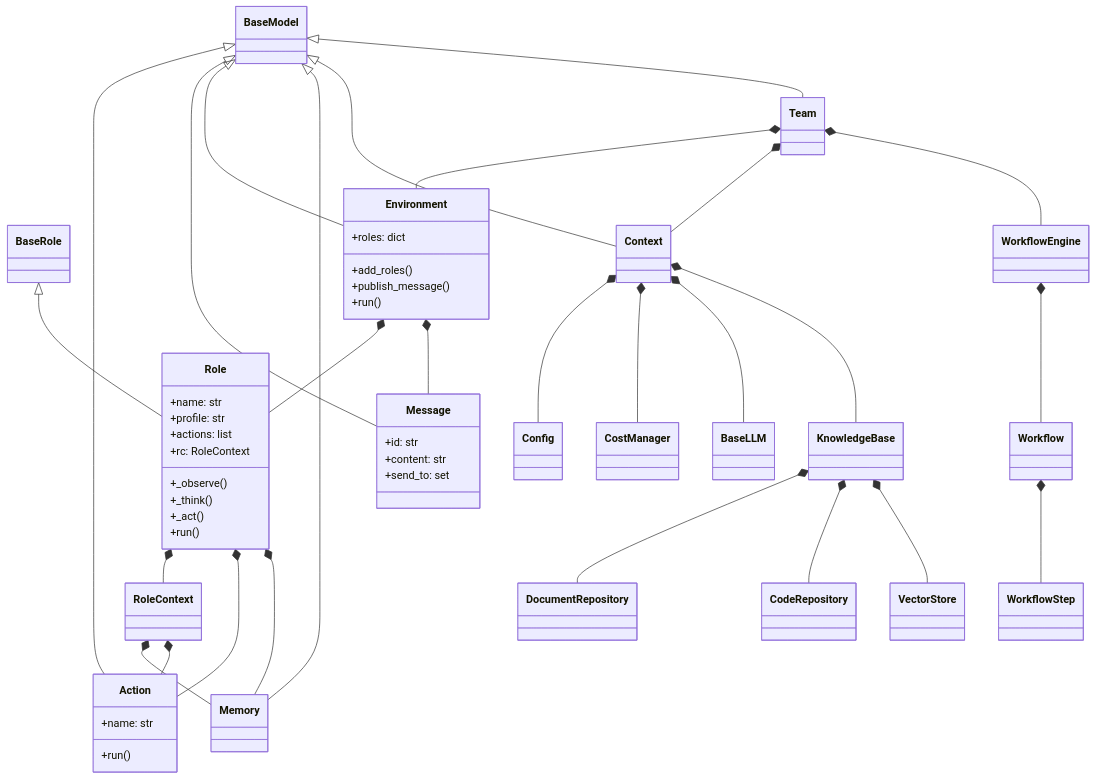
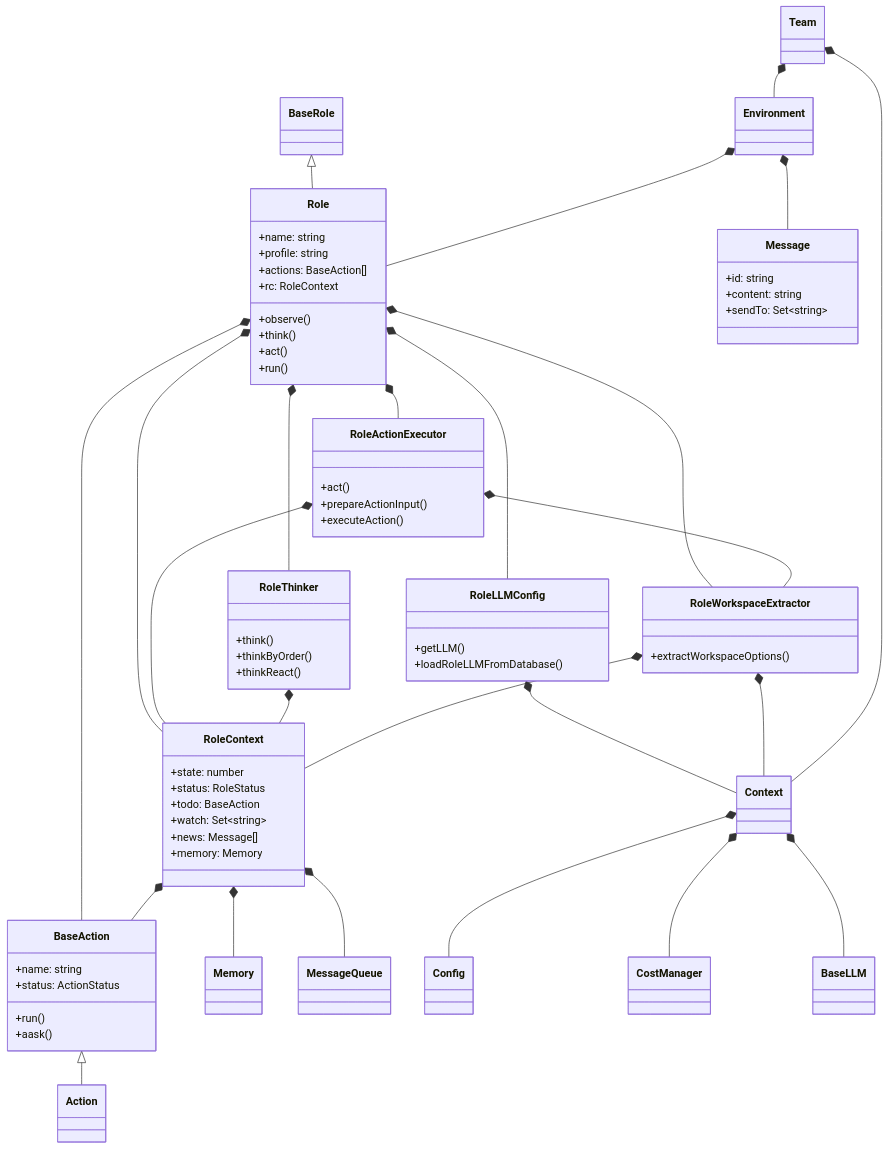
The second of 2 diagrams in doc/05_核心类设计_CLASSES.md (Whisper24X/personal), drawn with Mermaid before and after one commit. The commit also changed other lines of this file and 16 other files, not shown here.

````diff
--- a/doc/05_核心类设计_CLASSES.md
+++ b/doc/05_核心类设计_CLASSES.md
@@ -469,19 +716,33 @@
 ```mermaid
 classDiagram
     BaseRole <|-- Role
-    BaseModel <|-- Action
-    BaseModel <|-- Message
-    BaseModel <|-- Environment
-    BaseModel <|-- Memory
-    BaseModel <|-- Context
-    BaseModel <|-- Team
+    BaseAction <|-- Action
+    Message
+    Environment
+    Memory
+    Context
+    Team
     
     Role *-- RoleContext
-    Role *-- Action
-    Role *-- Memory
+    Role *-- RoleActionExecutor
+    Role *-- RoleThinker
+    Role *-- RoleLLMConfig
+    Role *-- RoleWorkspaceExtractor
+    Role *-- BaseAction
     
     RoleContext *-- Memory
-    RoleContext *-- Action
+    RoleContext *-- MessageQueue
+    RoleContext *-- BaseAction
+    
+    RoleActionExecutor *-- RoleContext
+    RoleActionExecutor *-- RoleWorkspaceExtractor
+    
+    RoleThinker *-- RoleContext
+    
+    RoleLLMConfig *-- Context
+    
+    RoleWorkspaceExtractor *-- RoleContext
+    RoleWorkspaceExtractor *-- Context
     
     Environment *-- Role
     Environment *-- Message
@@ -492,42 +753,58 @@
     Context *-- Config
     Context *-- CostManager
     Context *-- BaseLLM
-    Context *-- KnowledgeBase
-    
-    Team *-- WorkflowEngine
-    WorkflowEngine *-- Workflow
-    Workflow *-- WorkflowStep
-    
-    KnowledgeBase *-- DocumentRepository
-    KnowledgeBase *-- CodeRepository
-    KnowledgeBase *-- VectorStore
     
     class Role {
-        +name: str
-        +profile: str
-        +actions: list
+        +name: string
+        +profile: string
+        +actions: BaseAction[]
         +rc: RoleContext
-        +_observe()
-        +_think()
-        +_act()
+        +observe()
+        +think()
+        +act()
         +run()
     }
     
-    class Action {
-        +name: str
+    class BaseAction {
+        +name: string
+        +status: ActionStatus
         +run()
+        +aask()
     }
     
     class Message {
-        +id: str
-        +content: str
-        +send_to: set
+        +id: string
+        +content: string
+        +sendTo: Set~string~
     }
     
-    class Environment {
-        +roles: dict
-        +add_roles()
-        +publish_message()
-        +run()
+    class RoleContext {
+        +state: number
+        +status: RoleStatus
+        +todo: BaseAction
+        +watch: Set~string~
+        +news: Message[]
+        +memory: Memory
+    }
+    
+    class RoleActionExecutor {
+        +act()
+        +prepareActionInput()
+        +executeAction()
+    }
+    
+    class RoleThinker {
+        +think()
+        +thinkByOrder()
+        +thinkReact()
+    }
+    
+    class RoleLLMConfig {
+        +getLLM()
+        +loadRoleLLMFromDatabase()
+    }
+    
+    class RoleWorkspaceExtractor {
+        +extractWorkspaceOptions()
     }
 ```
````
